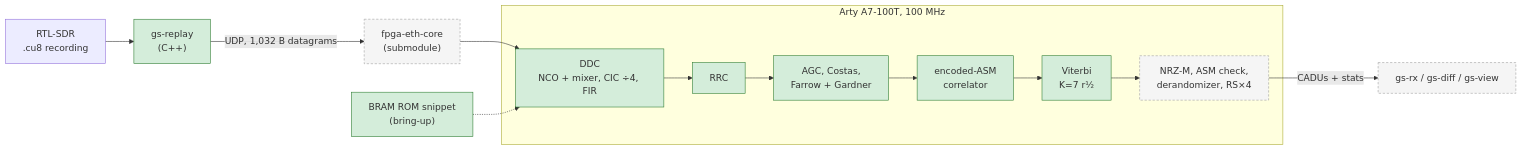
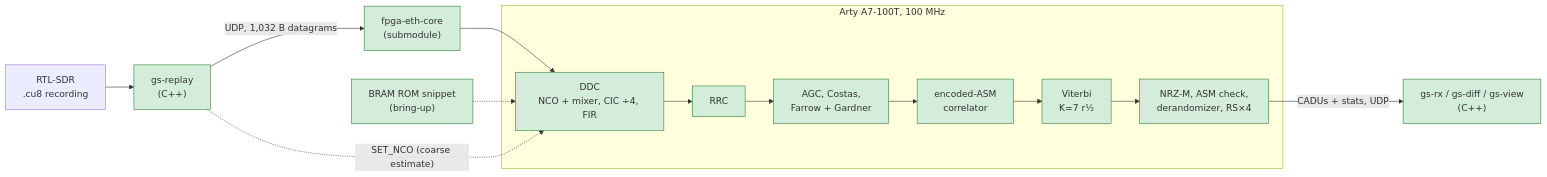
Before and after one commit to RodeanAzari/ccsds-meteor-lrpt-receiver: the diagram in README.md, drawn with Mermaid. The commit also changed other lines of this file, not shown here.

````diff
--- a/README.md
+++ b/README.md
@@ -84,19 +86,18 @@
 ```mermaid
 flowchart LR
     SDR["RTL-SDR<br/>.cu8 recording"] --> GSR["gs-replay<br/>(C++)"]
     GSR -- "UDP, 1,032 B datagrams" --> ETH["fpga-eth-core<br/>(submodule)"]
     ETH --> DDC
     ROM["BRAM ROM snippet<br/>(bring-up)"] -.-> DDC
     subgraph FPGA ["Arty A7-100T, 100 MHz"]
         DDC["DDC<br/>NCO + mixer, CIC ÷4, FIR"] --> RRC["RRC"]
         RRC --> SYNC["AGC, Costas,<br/>Farrow + Gardner"]
         SYNC --> FS["encoded-ASM<br/>correlator"]
         FS --> VIT["Viterbi<br/>K=7 r½"]
         VIT --> BACK["NRZ-M, ASM check,<br/>derandomizer, RS×4"]
     end
-    BACK -- "CADUs + stats" --> GS["gs-rx / gs-diff / gs-view"]
+    BACK -- "CADUs + stats, UDP" --> GS["gs-rx / gs-diff / gs-view<br/>(C++)"]
+    GSR -.->|"SET_NCO (coarse estimate)"| DDC
     classDef done fill:#d4edda,stroke:#2e7d32;
-    classDef todo fill:#f5f5f5,stroke:#9e9e9e,stroke-dasharray: 4 3;
-    class DDC,GSR,ROM,RRC,SYNC,FS,VIT done;
-    class ETH,BACK,GS todo;
+    class DDC,GSR,ROM,RRC,SYNC,FS,VIT,ETH,BACK,GS done;
 ```
````
